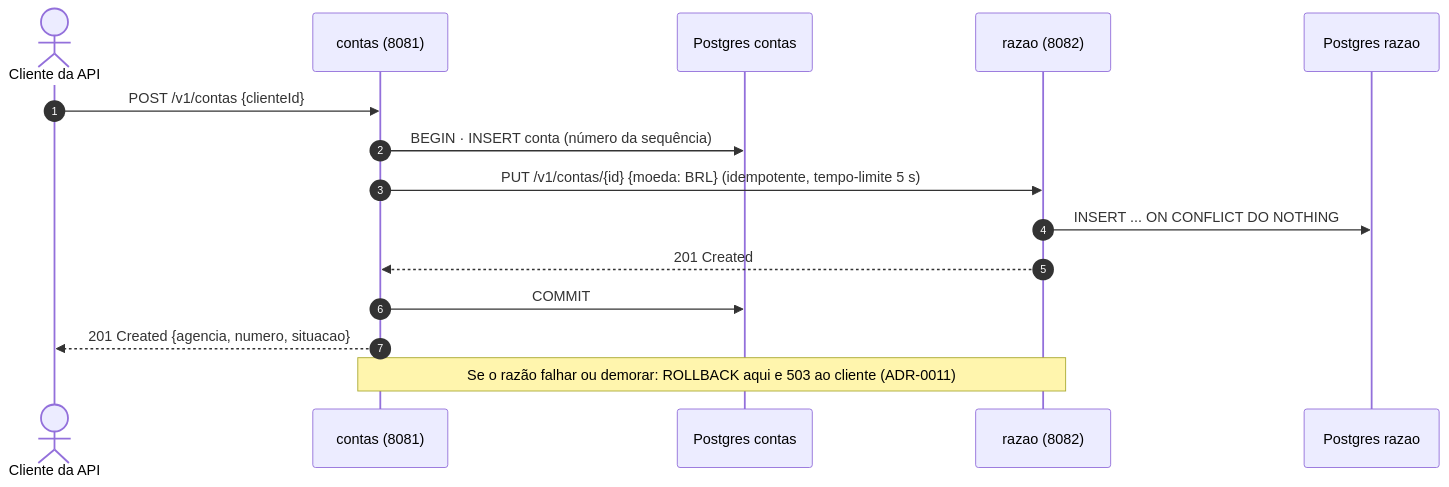
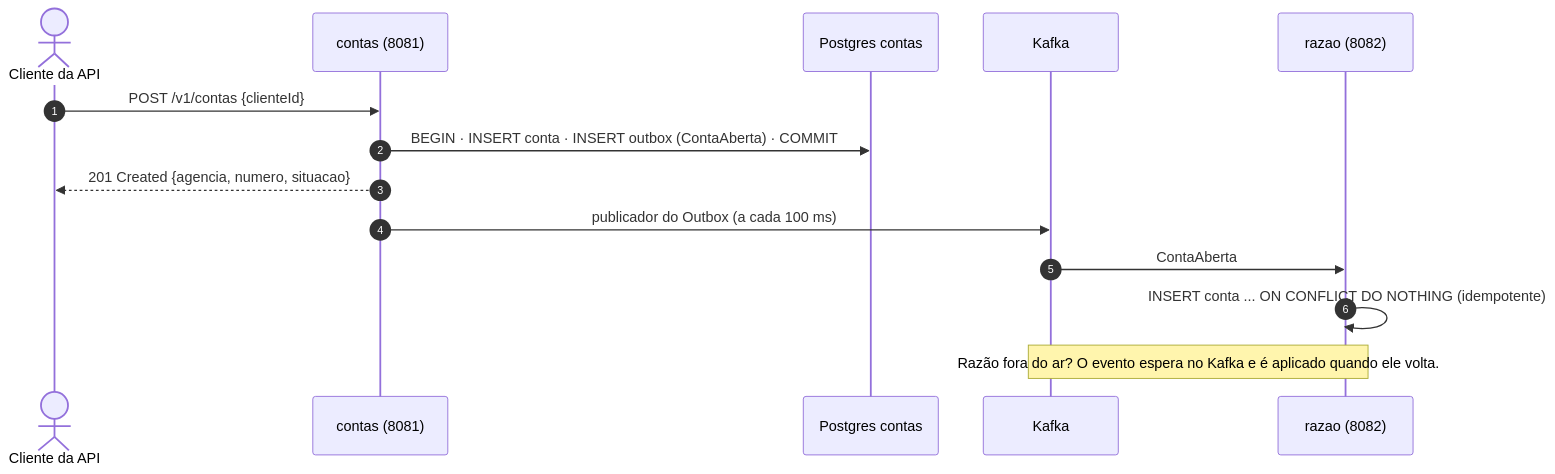
One commit to alanjoffre/ledgerly-bank changed the third of 4 diagrams in docs/arquitetura/visao-geral.md. Above: the diagram before and after it, drawn with Mermaid. The commit also changed other lines of this file and 13 other files, not shown here.

````diff
--- a/docs/arquitetura/visao-geral.md
+++ b/docs/arquitetura/visao-geral.md
@@ -87,18 +97,17 @@
 ```mermaid
 sequenceDiagram
     autonumber
     actor C as Cliente da API
     participant CT as contas (8081)
     participant DBC as Postgres contas
+    participant K as Kafka
     participant RZ as razao (8082)
-    participant DBR as Postgres razao
 
     C->>CT: POST /v1/contas {clienteId}
-    CT->>DBC: BEGIN · INSERT conta (número da sequência)
-    CT->>RZ: PUT /v1/contas/{id} {moeda: BRL} (idempotente, tempo-limite 5 s)
-    RZ->>DBR: INSERT ... ON CONFLICT DO NOTHING
-    RZ-->>CT: 201 Created
-    CT->>DBC: COMMIT
+    CT->>DBC: BEGIN · INSERT conta · INSERT outbox (ContaAberta) · COMMIT
     CT-->>C: 201 Created {agencia, numero, situacao}
-    Note over CT,RZ: Se o razão falhar ou demorar: ROLLBACK aqui e 503 ao cliente (ADR-0011)
+    CT->>K: publicador do Outbox (a cada 100 ms)
+    K->>RZ: ContaAberta
+    RZ->>RZ: INSERT conta ... ON CONFLICT DO NOTHING (idempotente)
+    Note over K,RZ: Razão fora do ar? O evento espera no Kafka e é aplicado quando ele volta.
 ```
````
